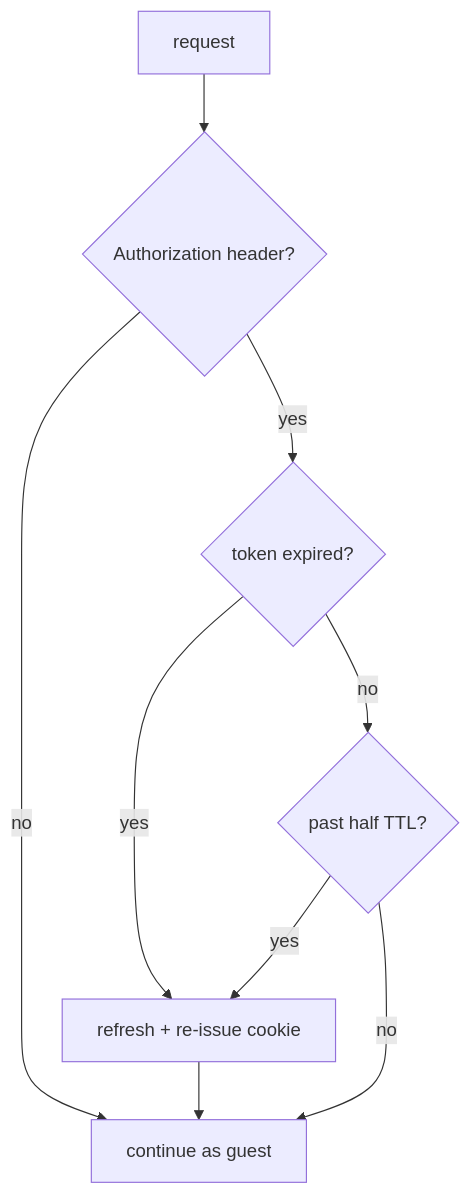
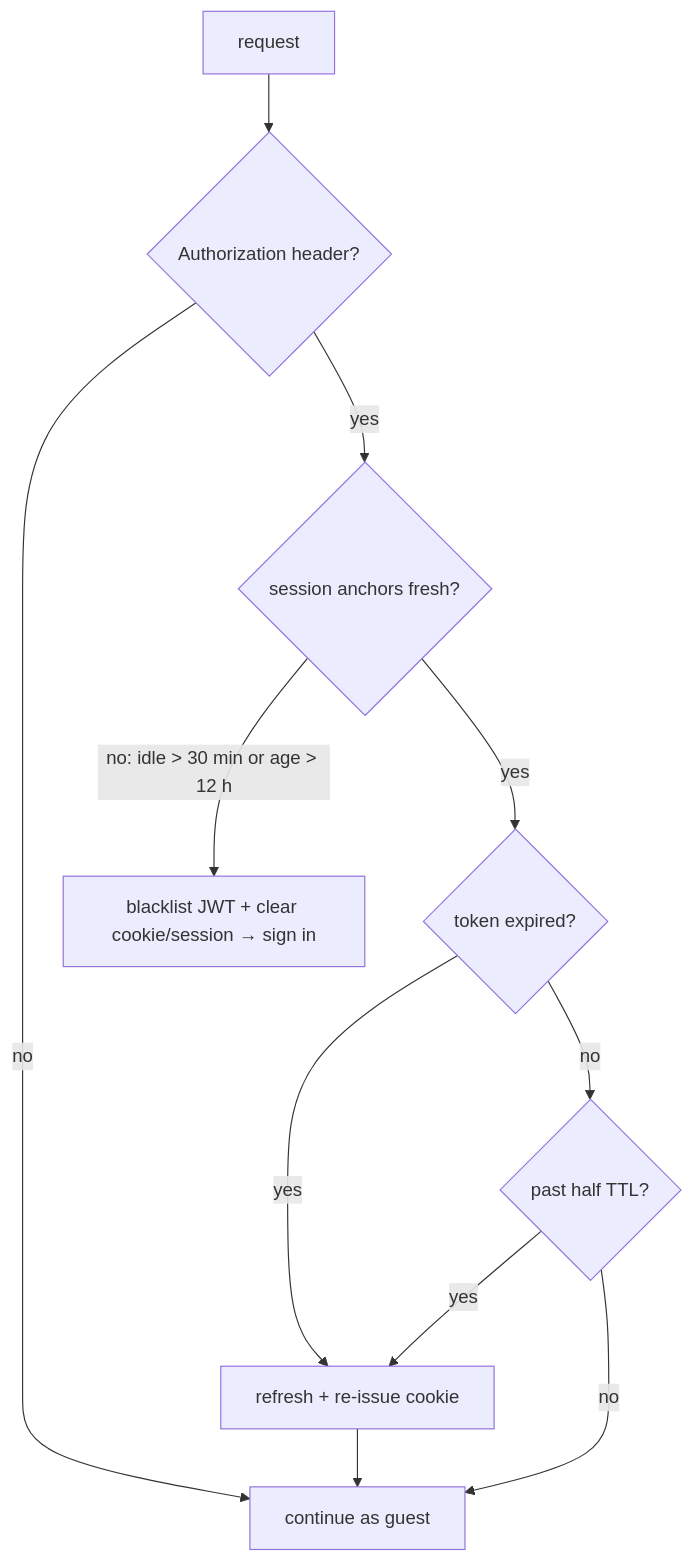
The fourth of 4 diagrams in docs/architecture/04-authentication.md (Danik2310/SaaS-Tenant-laravel), drawn with Mermaid before and after one commit. The commit also changed other lines of this file and 1 other file, not shown here.

Commit message:
docs(shared): document session clocks and the workspace finder

````diff
--- a/docs/architecture/04-authentication.md
+++ b/docs/architecture/04-authentication.md
@@ -358,11 +394,13 @@
 ```mermaid
 flowchart TD
     A[request] --> B{Authorization header?}
     B -- no --> Z[continue as guest]
-    B -- yes --> C{token expired?}
+    B -- yes --> S{session anchors fresh?}
+    S -- "no: idle > 30 min or age > 12 h" --> X[blacklist JWT + clear cookie/session → sign in]
+    S -- yes --> C{token expired?}
     C -- yes --> R[refresh + re-issue cookie]
     C -- no --> D{past half TTL?}
     D -- yes --> R
     D -- no --> Z
     R --> Z
 ```
````
